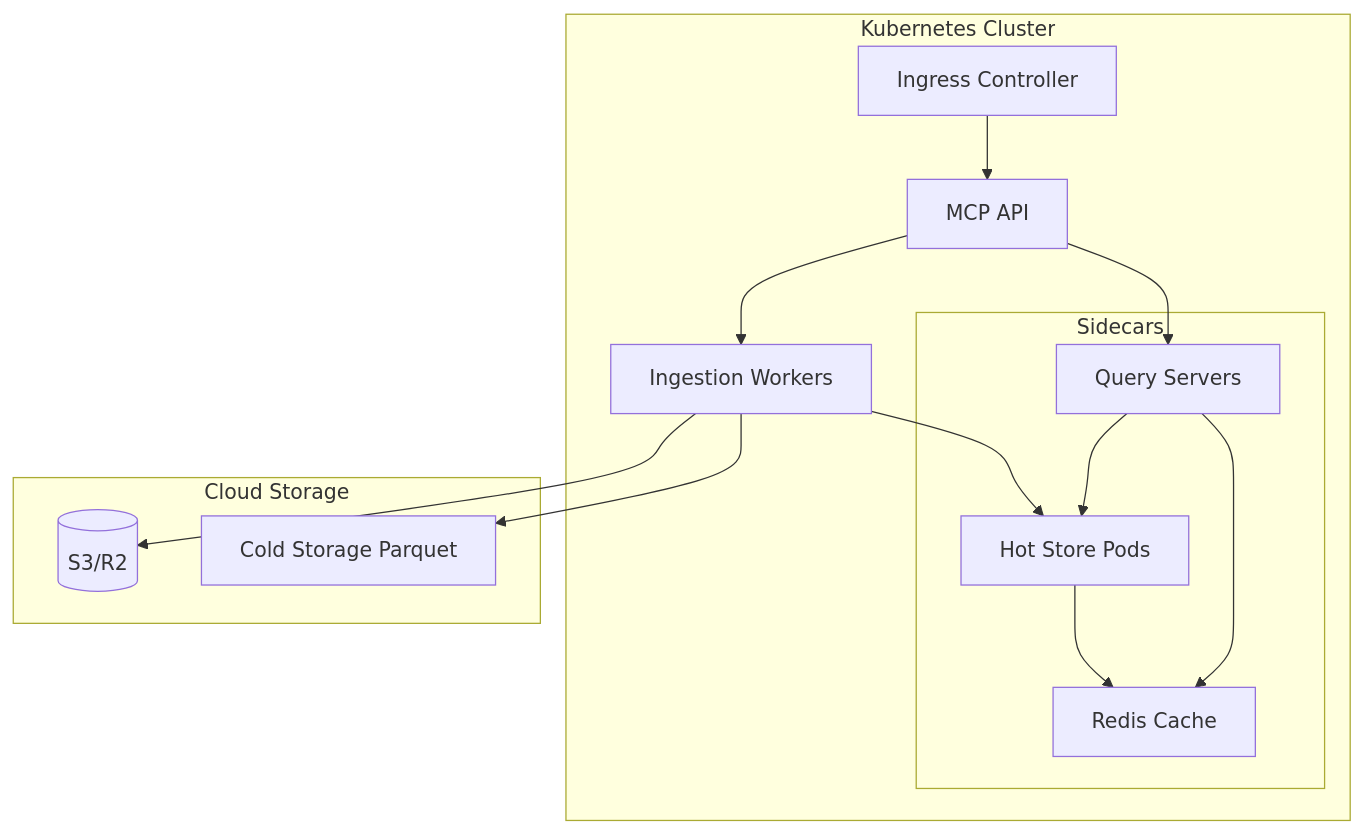
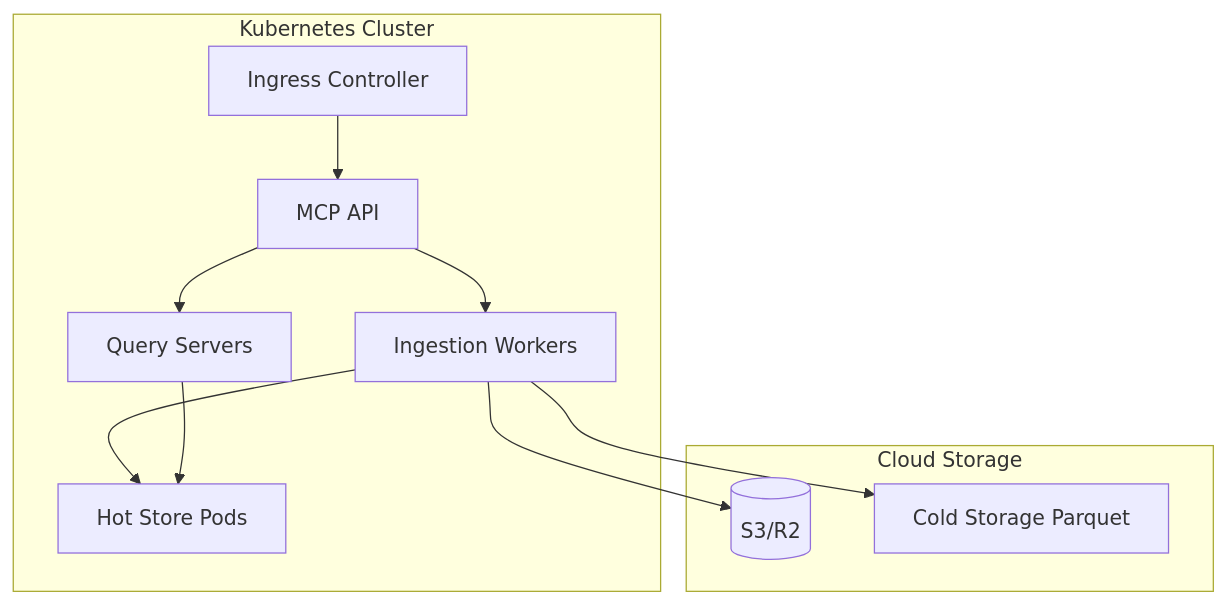
Before and after one commit to lesleslie/akosha: the sixth of 6 diagrams in docs/ARCHITECTURE.md, drawn with Mermaid.

Commit message:
fix(akosha): remove Redis L2 sidecar from K8s deployment diagram

````diff
--- a/docs/ARCHITECTURE.md
+++ b/docs/ARCHITECTURE.md
@@ -435,23 +435,18 @@
 ```mermaid
 graph TB
     subgraph "Kubernetes Cluster"
         Ingress[Ingress Controller] --> API[MCP API]
         API --> Worker[Ingestion Workers]
         Worker --> Hot[Hot Store Pods]
         API --> Query[Query Servers]
         Query --> Hot
-
-        subgraph "Sidecars"
-            Hot --> Redis[Redis Cache]
-            Query --> Redis
-        end
     end
 
     subgraph "Cloud Storage"
         S3[(S3/R2)]
         Cold[Cold Storage Parquet]
     end
 
     Worker --> S3
     Worker --> Cold
 ```
````
